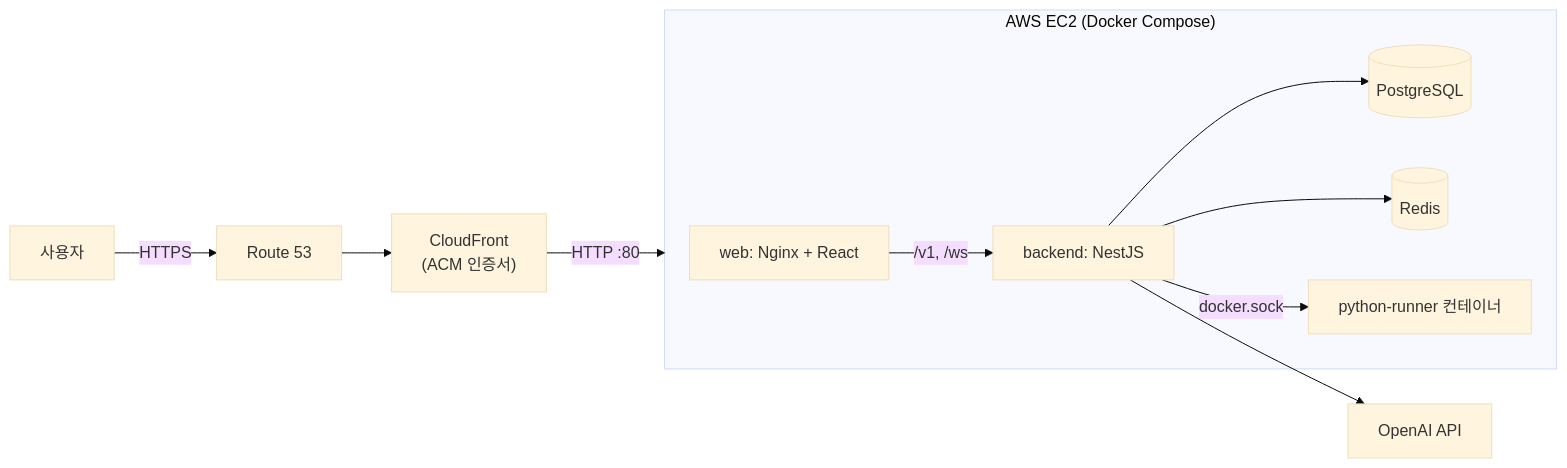
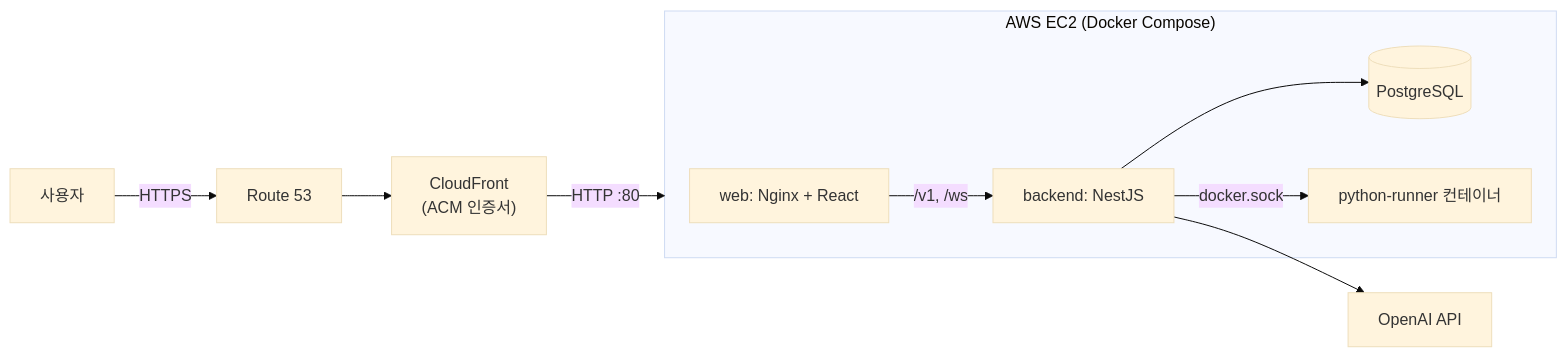
One commit to SJHawa/neco-backend changed the diagram in docs/operations/deployment.md. Above: the diagram before and after it, drawn with Mermaid (base theme). The commit also changed other lines of this file and 2 other files, not shown here.

````diff
--- a/docs/operations/deployment.md
+++ b/docs/operations/deployment.md
@@ -5,15 +5,14 @@
 ```mermaid
 flowchart LR
   U[사용자] -->|HTTPS| R53[Route 53]
   R53 --> CF["CloudFront<br/>(ACM 인증서)"]
   CF -->|HTTP :80| EC2
 
   subgraph EC2["AWS EC2 (Docker Compose)"]
     FE["web: Nginx + React"] -->|/v1, /ws| BE[backend: NestJS]
     BE --> DB[(PostgreSQL)]
-    BE --> R[(Redis)]
     BE -->|docker.sock| PR[python-runner 컨테이너]
   end
 
   BE --> LLM[OpenAI API]
 ```
````
